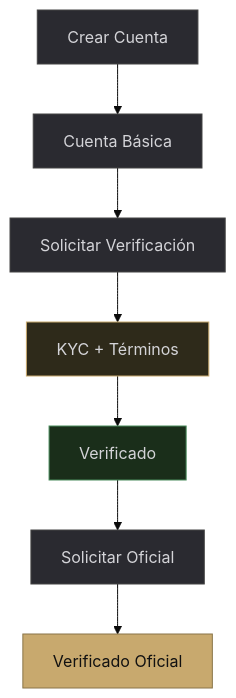
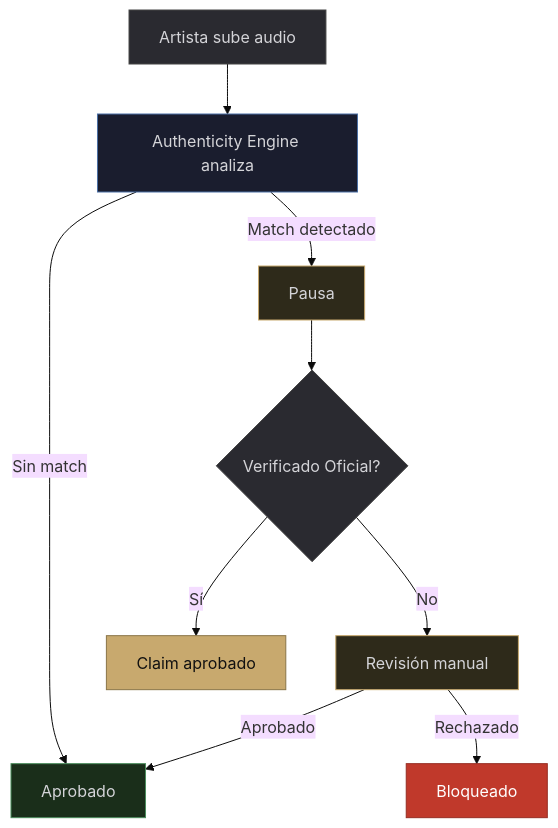
One commit to groovesart/grooves-docs changed the sixth of 7 diagrams in la-solucion.md. Above: the diagram before and after it, drawn with Mermaid (base theme). The commit also changed other lines of this file, not shown here.

````diff
--- a/la-solucion.md
+++ b/la-solucion.md
@@ -208,16 +206,19 @@
 ```mermaid
 graph TB
-    A[Crear Cuenta] --> B[Cuenta Básica]
-    B --> C[Solicitar Verificación]
-    C --> D[KYC + Términos]
-    D --> E[Verificado]
-    E --> F[Solicitar Oficial]
-    F --> G[Verificado Oficial]
+    A[Artista sube audio] --> B[Authenticity Engine analiza]
+    B -->|Sin match| C[Aprobado]
+    B -->|Match detectado| D[Pausa]
+    D --> E{Verificado Oficial?}
+    E -->|Sí| F[Claim aprobado]
+    E -->|No| G[Revisión manual]
+    G -->|Aprobado| C
+    G -->|Rechazado| H[Bloqueado]
     style A fill:#2a2a30,color:#d4d4d8,stroke:#444
-    style B fill:#2a2a30,color:#d4d4d8,stroke:#444
-    style C fill:#2a2a30,color:#d4d4d8,stroke:#444
+    style B fill:#1a1d2e,color:#d4d4d8,stroke:#4a6fa5
+    style C fill:#1a2e1a,color:#d4d4d8,stroke:#4a8c5c
     style D fill:#2e2a1a,color:#d4d4d8,stroke:#C8A96E
-    style E fill:#1a2e1a,color:#d4d4d8,stroke:#4a8c5c
-    style F fill:#2a2a30,color:#d4d4d8,stroke:#444
-    style G fill:#C8A96E,color:#111,stroke:#8a7548
+    style E fill:#2a2a30,color:#d4d4d8,stroke:#444
+    style F fill:#C8A96E,color:#111,stroke:#8a7548
+    style G fill:#2e2a1a,color:#d4d4d8,stroke:#C8A96E
+    style H fill:#c0392b,color:#fff,stroke:#962d22
 ```
````
